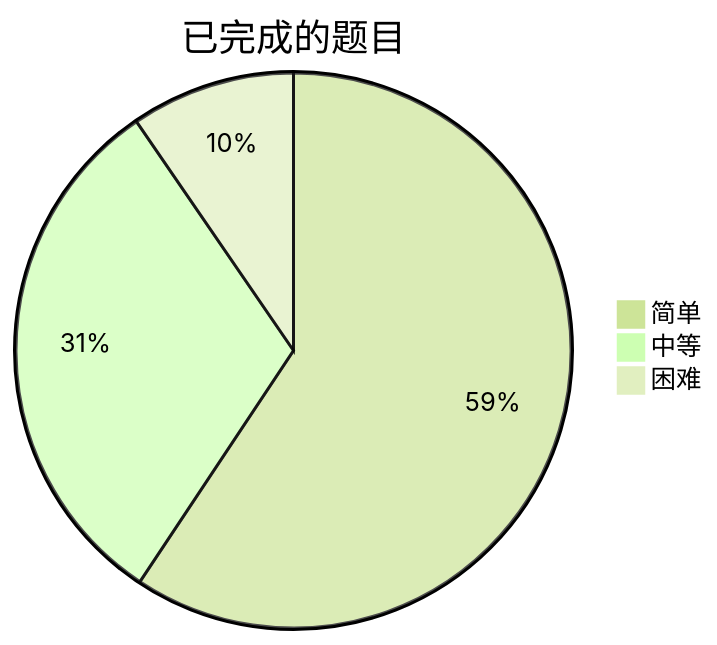
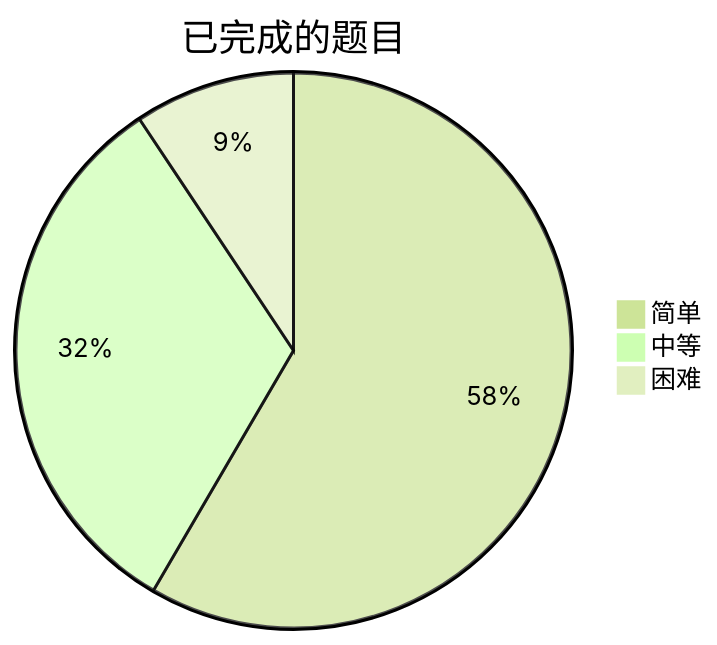
One commit to kaisa911/LeetCode changed the diagram in README.md. Above: the diagram before and after it, drawn with Mermaid (forest theme). The commit also changed other lines of this file and 6 other files, not shown here.

````diff
--- a/README.md
+++ b/README.md
@@ -8,7 +8,7 @@
 ```mermaid
 pie title 已完成的题目
-    "简单" : 124
-    "中等" : 65
+    "简单" : 125
+    "中等" : 69
     "困难" : 20
 
 ```
````
